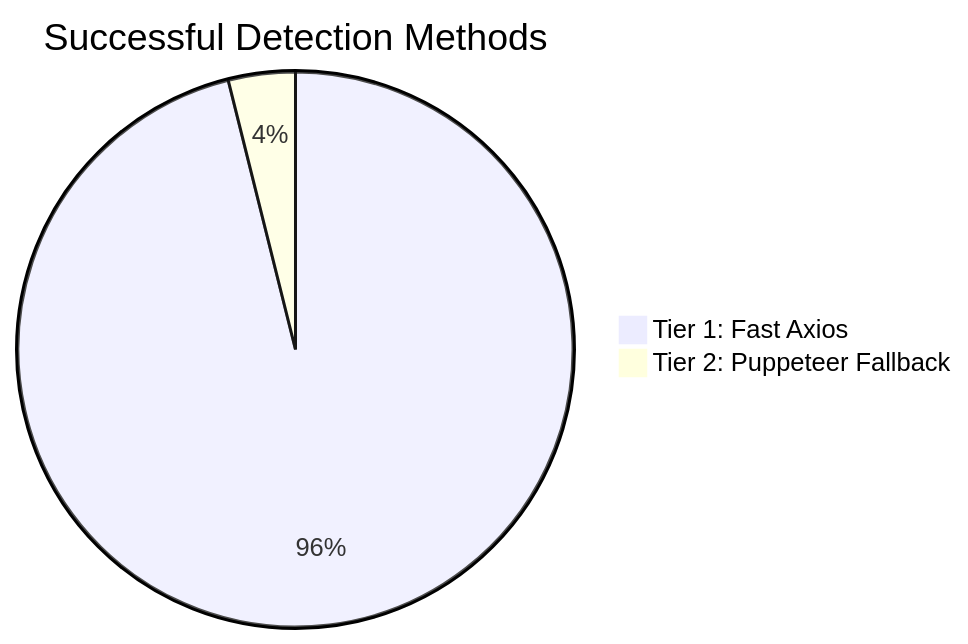
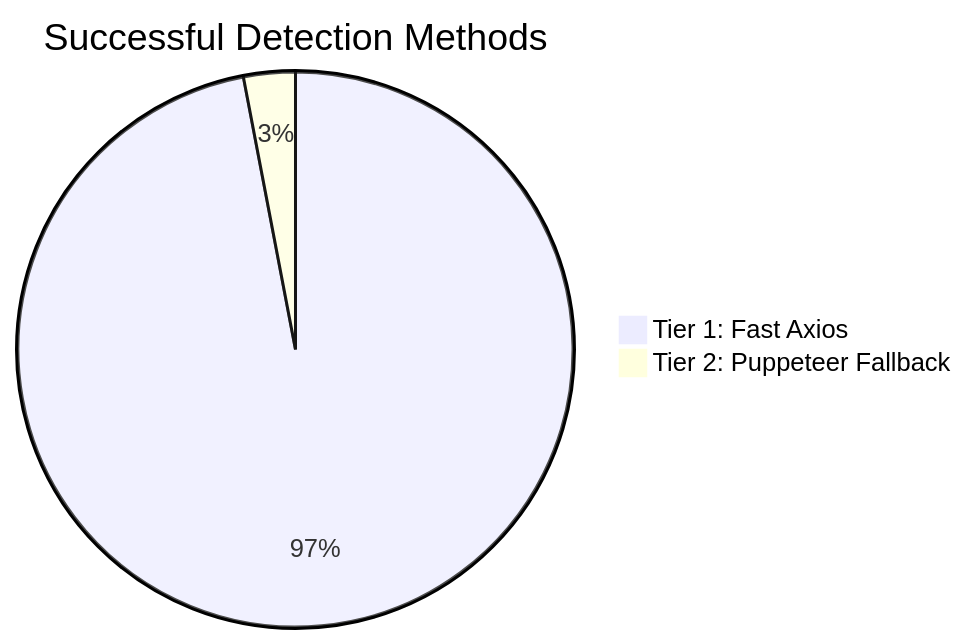
The second of 2 diagrams in README.md (andreilazu/logo_extract), drawn with Mermaid before and after one commit. The commit also changed other lines of this file, not shown here.

````diff
--- a/README.md
+++ b/README.md
@@ -15,5 +15,5 @@
 ```mermaid
 pie title Successful Detection Methods
-    "Tier 1: Fast Axios" : 74
-    "Tier 2: Puppeteer Fallback" : 3
+    "Tier 1: Fast Axios" : 3193
+    "Tier 2: Puppeteer Fallback" : 99
 ```
````
